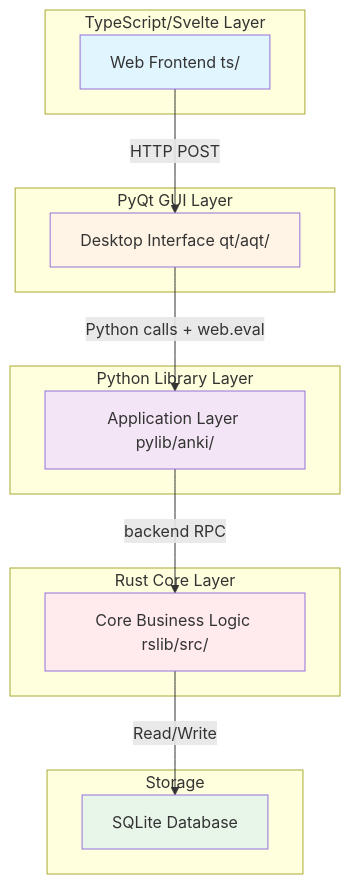
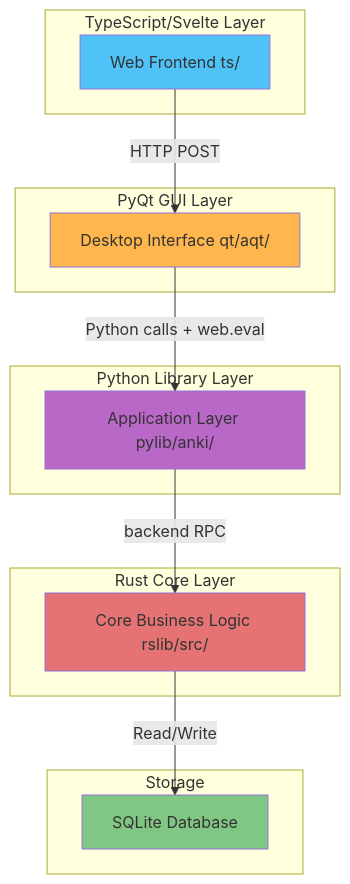
Before and after one commit to ankitects/anki: the first of 4 diagrams in docs/technical.md, drawn with Mermaid. The commit also changed other lines of this file, not shown here.

Commit message:
fix: mermaid diagram color

````diff
--- a/docs/technical.md
+++ b/docs/technical.md
@@ -13,33 +13,33 @@
 ```mermaid
 graph TB
     subgraph TS["TypeScript/Svelte Layer"]
         TS_CORE[Web Frontend ts/]
     end
     
     subgraph GUI["PyQt GUI Layer"]
         GUI_CORE[Desktop Interface qt/aqt/]
     end
     
     subgraph PY["Python Library Layer"]
         PY_CORE[Application Layer pylib/anki/]
     end
     
     subgraph RUST["Rust Core Layer"]
         RUST_CORE[Core Business Logic rslib/src/]
     end
     
     subgraph DB["Storage"]
         STORAGE[SQLite Database]
     end
     
     TS_CORE -->|"HTTP POST"| GUI_CORE
     GUI_CORE -->|"Python calls + web.eval"| PY_CORE
     PY_CORE -->|"backend RPC"| RUST_CORE
     RUST_CORE -->|"Read/Write"| STORAGE
     
-    style TS_CORE fill:#e1f5ff
-    style GUI_CORE fill:#fff4e6
-    style PY_CORE fill:#f3e5f5
-    style RUST_CORE fill:#ffebee
-    style STORAGE fill:#e8f5e9
+    style TS_CORE fill:#4fc3f7
+    style GUI_CORE fill:#ffb74d
+    style PY_CORE fill:#ba68c8
+    style RUST_CORE fill:#e57373
+    style STORAGE fill:#81c784
 ```
````
